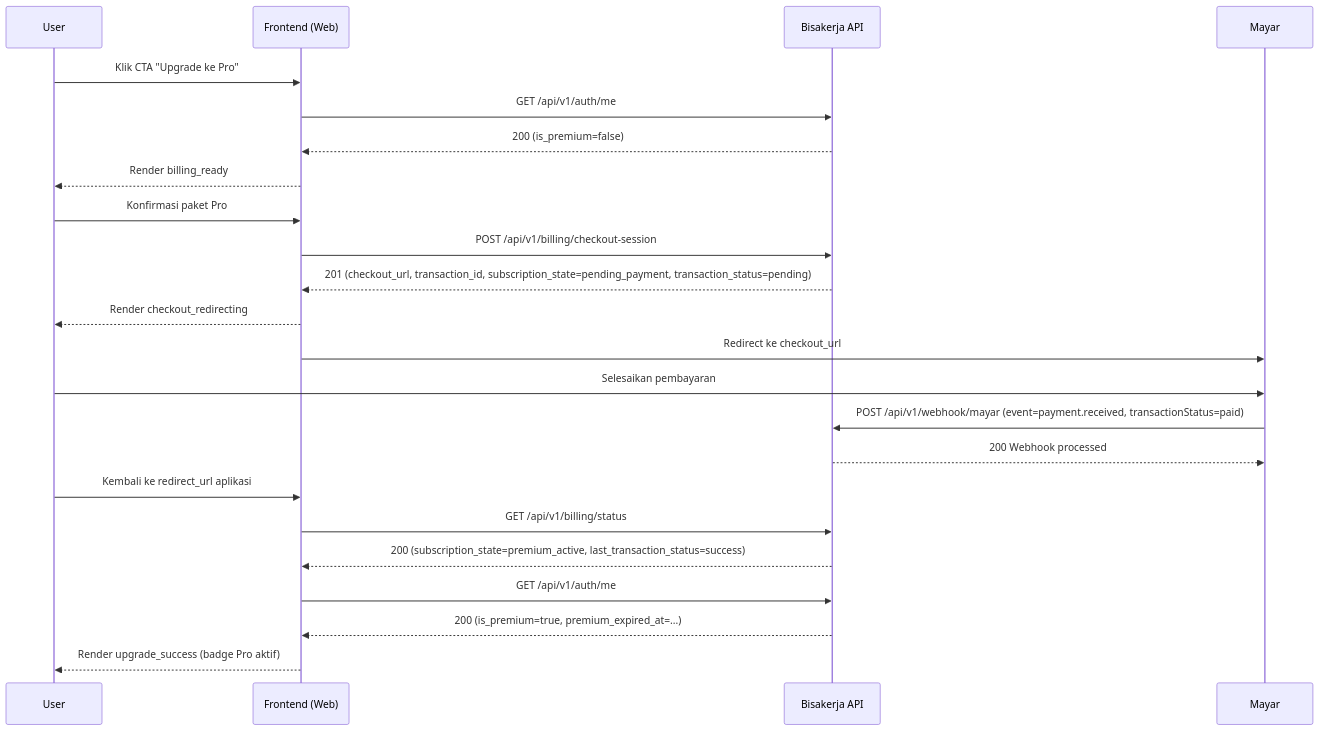
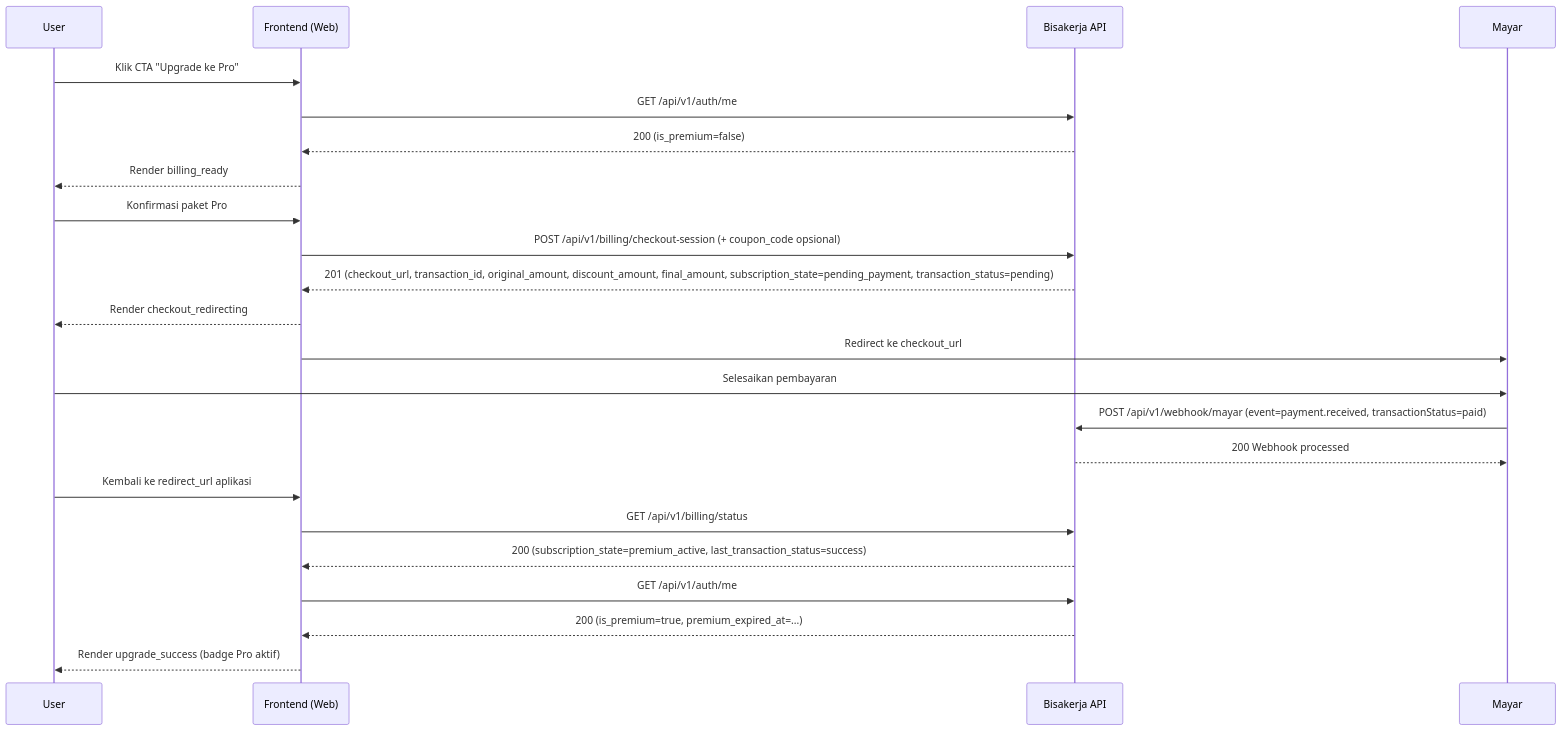
Before and after one commit to salmanabdurrahman/bisakerja.com: the first of 2 diagrams in docs/frontend/flows/upgrade-billing-flow.md, drawn with Mermaid. The commit also changed other lines of this file and 11 other files, not shown here.

Commit message:
feat(billing): implement coupon code support in checkout process

````diff
--- a/docs/frontend/flows/upgrade-billing-flow.md
+++ b/docs/frontend/flows/upgrade-billing-flow.md
@@ -9,29 +9,29 @@
 ```mermaid
 sequenceDiagram
   participant U as User
   participant FE as Frontend (Web)
   participant API as Bisakerja API
   participant M as Mayar
 
   U->>FE: Klik CTA "Upgrade ke Pro"
   FE->>API: GET /api/v1/auth/me
   API-->>FE: 200 (is_premium=false)
   FE-->>U: Render billing_ready
 
   U->>FE: Konfirmasi paket Pro
-  FE->>API: POST /api/v1/billing/checkout-session
-  API-->>FE: 201 (checkout_url, transaction_id, subscription_state=pending_payment, transaction_status=pending)
+  FE->>API: POST /api/v1/billing/checkout-session (+ coupon_code opsional)
+  API-->>FE: 201 (checkout_url, transaction_id, original_amount, discount_amount, final_amount, subscription_state=pending_payment, transaction_status=pending)
   FE-->>U: Render checkout_redirecting
   FE->>M: Redirect ke checkout_url
 
   U->>M: Selesaikan pembayaran
   M->>API: POST /api/v1/webhook/mayar (event=payment.received, transactionStatus=paid)
   API-->>M: 200 Webhook processed
 
   U->>FE: Kembali ke redirect_url aplikasi
   FE->>API: GET /api/v1/billing/status
   API-->>FE: 200 (subscription_state=premium_active, last_transaction_status=success)
   FE->>API: GET /api/v1/auth/me
   API-->>FE: 200 (is_premium=true, premium_expired_at=...)
   FE-->>U: Render upgrade_success (badge Pro aktif)
 ```
````
